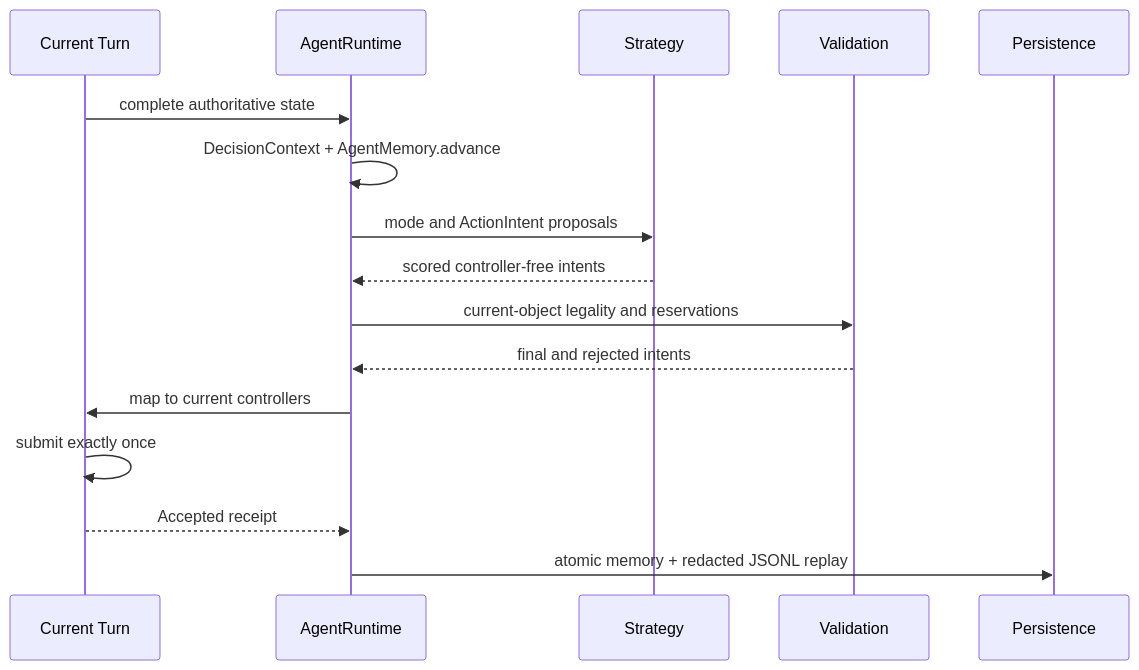
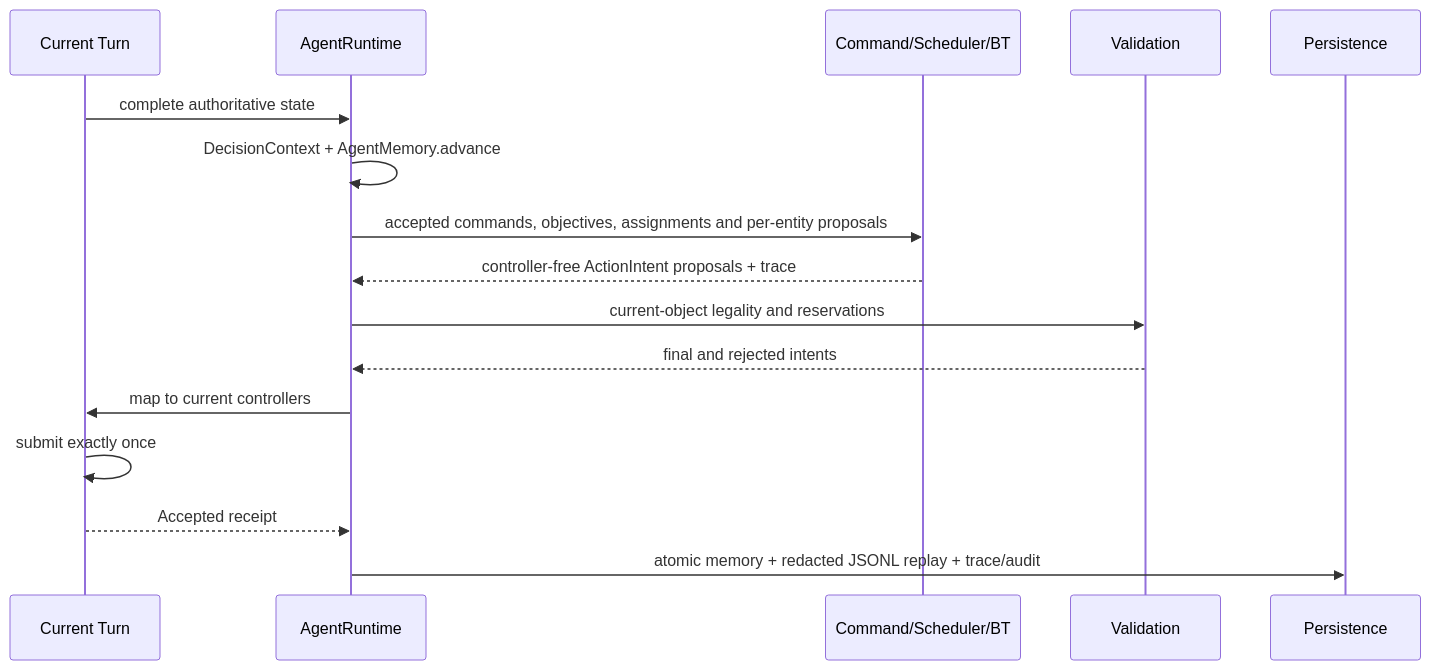
Before and after one commit to NNNNzs/arena_hero: the diagram in docs/arena-hero-runtime-testing.md, drawn with Mermaid. The commit also changed other lines of this file and 34 other files, not shown here.

````diff
--- a/docs/arena-hero-runtime-testing.md
+++ b/docs/arena-hero-runtime-testing.md
@@ -5,19 +5,19 @@
 ```mermaid
 sequenceDiagram
     participant SDK as Current Turn
     participant R as AgentRuntime
-    participant S as Strategy
+    participant P as Command/Scheduler/BT
     participant V as Validation
-    participant P as Persistence
+    participant M as Persistence
 
     SDK->>R: complete authoritative state
     R->>R: DecisionContext + AgentMemory.advance
-    R->>S: mode and ActionIntent proposals
-    S-->>R: scored controller-free intents
+    R->>P: accepted commands, objectives, assignments and per-entity proposals
+    P-->>R: controller-free ActionIntent proposals + trace
     R->>V: current-object legality and reservations
     V-->>R: final and rejected intents
     R->>SDK: map to current controllers
     SDK->>SDK: submit exactly once
     SDK-->>R: Accepted receipt
-    R->>P: atomic memory + redacted JSONL replay
+    R->>M: atomic memory + redacted JSONL replay + trace/audit
 ```
````
